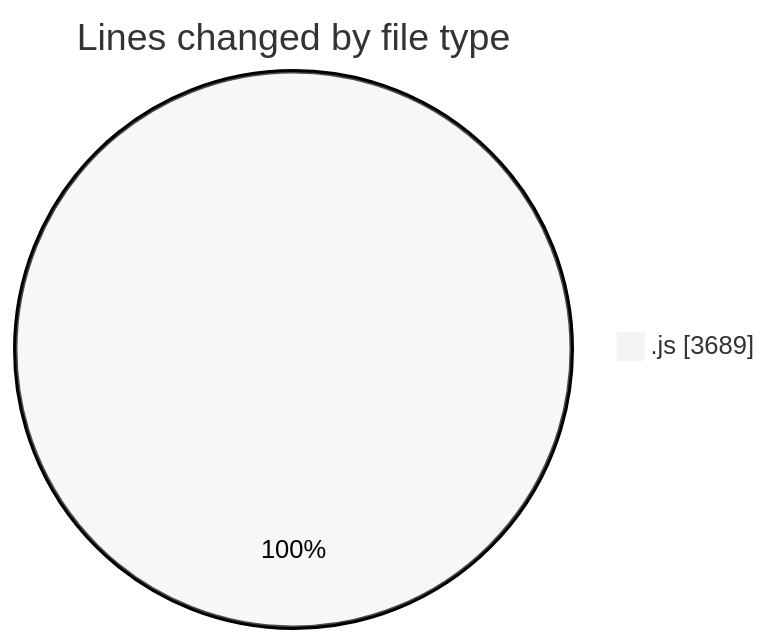
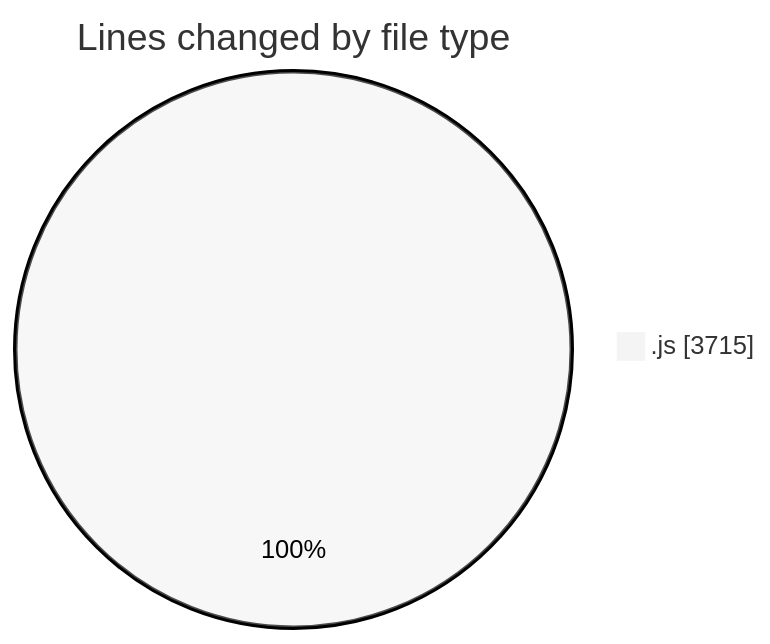
One commit to nxtqubesakshisongat/code-tracking changed the first of 2 diagrams in 2025-12-29/nxtqube_webapp/README.md. Above: the diagram before and after it, drawn with Mermaid (neutral theme). The commit also changed other lines of this file and 1 other file, not shown here.

````diff
--- a/2025-12-29/nxtqube_webapp/README.md
+++ b/2025-12-29/nxtqube_webapp/README.md
@@ -21,5 +21,5 @@
 ```mermaid
 pie showData
 title Lines changed by file type
-".js" : 3689
+".js" : 3715
 ```
````
